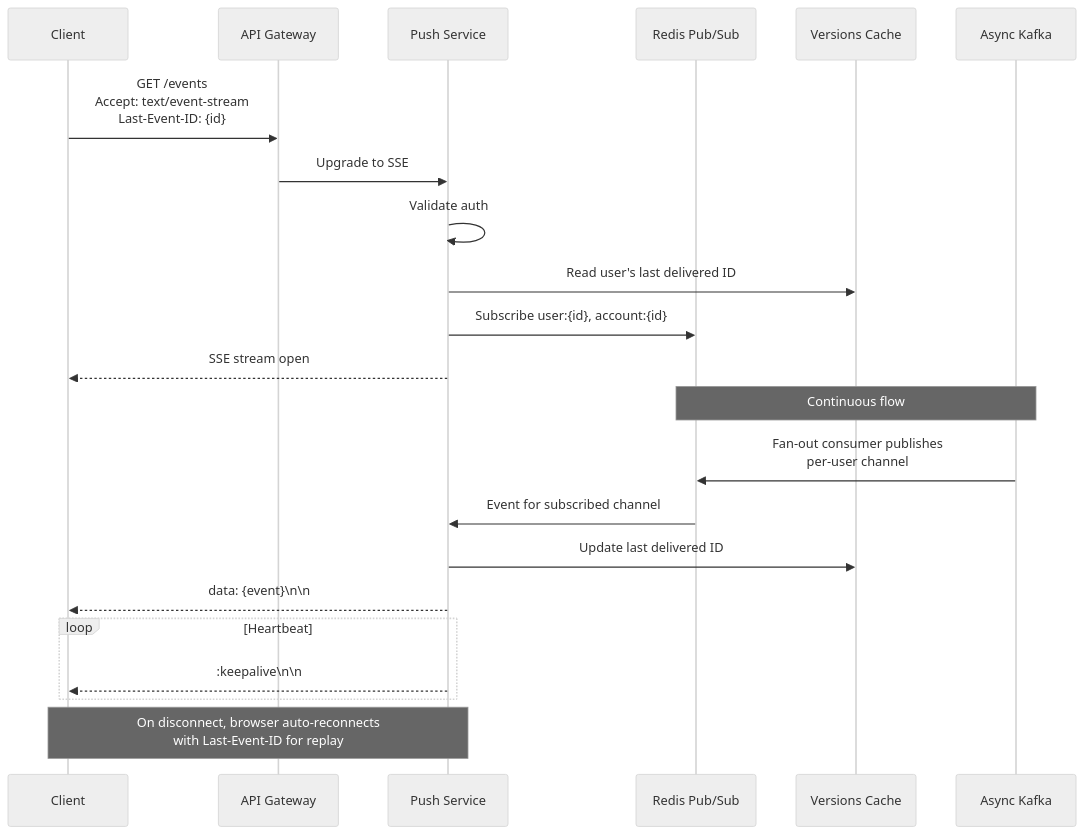
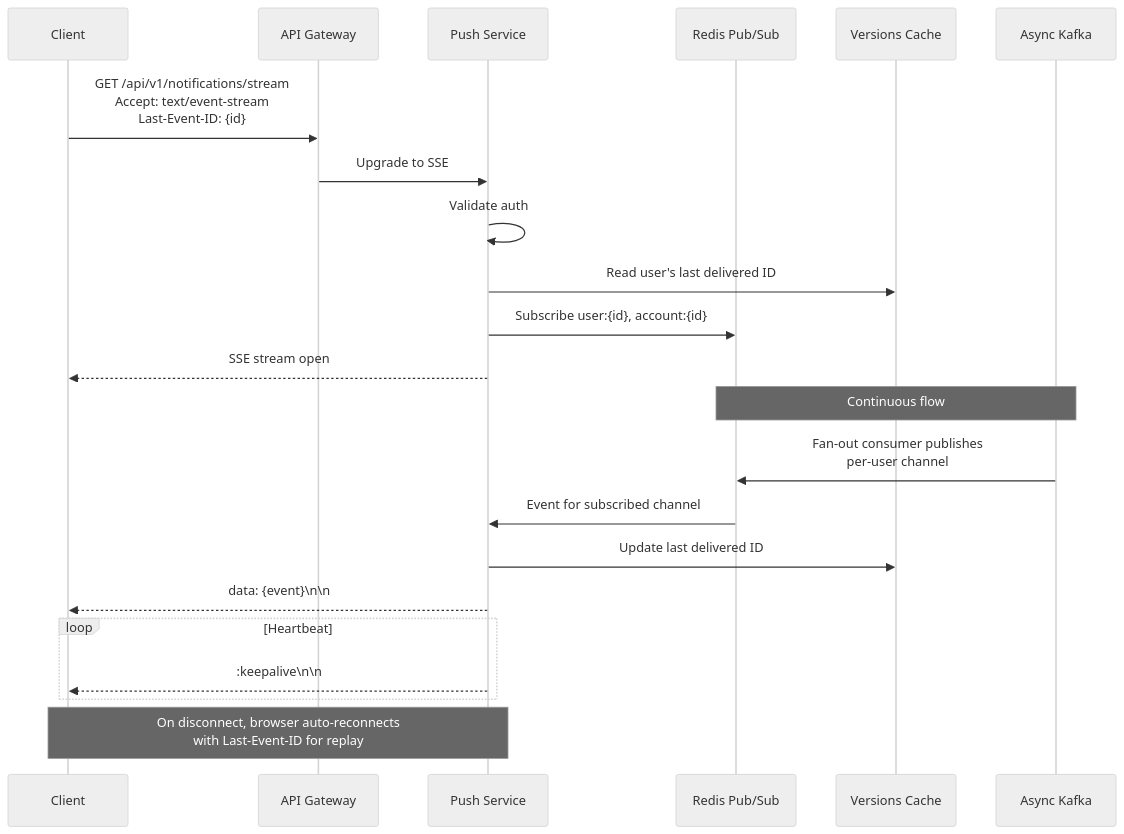
Before and after one commit to isoldpower/power-finance-backend: the fifth of 5 diagrams in docs/architecture.md, drawn with Mermaid (neutral theme). The commit also changed other lines of this file and 330 other files, not shown here.

````diff
--- a/docs/architecture.md
+++ b/docs/architecture.md
@@ -590,29 +590,29 @@
 ```mermaid
 sequenceDiagram
     participant C as Client
     participant GW as API Gateway
     participant PS as Push Service
     participant PubSub as Redis Pub/Sub
     participant VC as Versions Cache
     participant AK as Async Kafka
 
-    C->>GW: GET /events<br/>Accept: text/event-stream<br/>Last-Event-ID: {id}
+    C->>GW: GET /api/v1/notifications/stream<br/>Accept: text/event-stream<br/>Last-Event-ID: {id}
     GW->>PS: Upgrade to SSE
     PS->>PS: Validate auth
     PS->>VC: Read user's last delivered ID
     PS->>PubSub: Subscribe user:{id}, account:{id}
     PS-->>C: SSE stream open
 
     Note over AK,PubSub: Continuous flow
     AK->>PubSub: Fan-out consumer publishes<br/>per-user channel
 
     PubSub->>PS: Event for subscribed channel
     PS->>VC: Update last delivered ID
     PS-->>C: data: {event}\n\n
 
     loop Heartbeat
         PS-->>C: :keepalive\n\n
     end
 
     Note over C,PS: On disconnect, browser auto-reconnects<br/>with Last-Event-ID for replay
 ```
````
